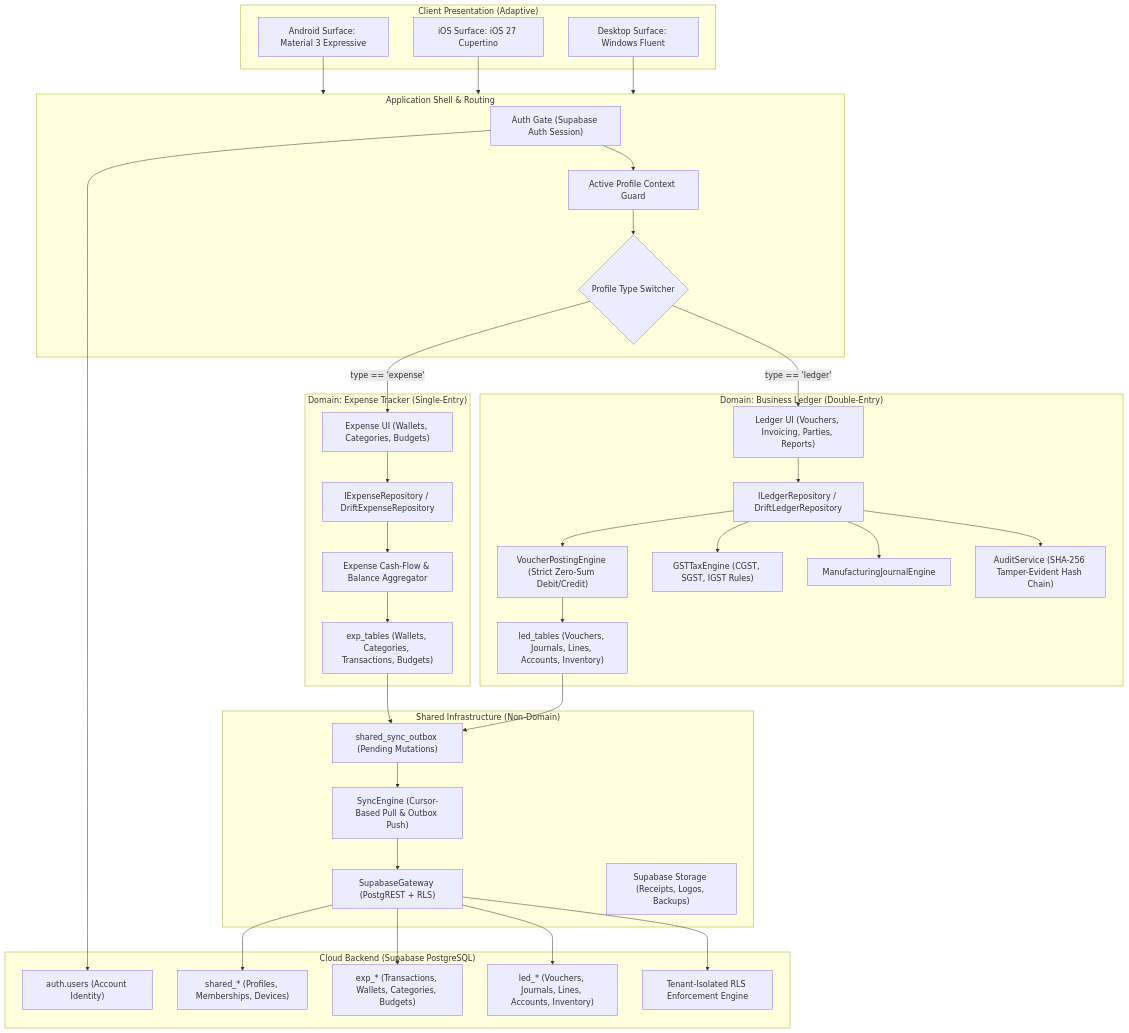
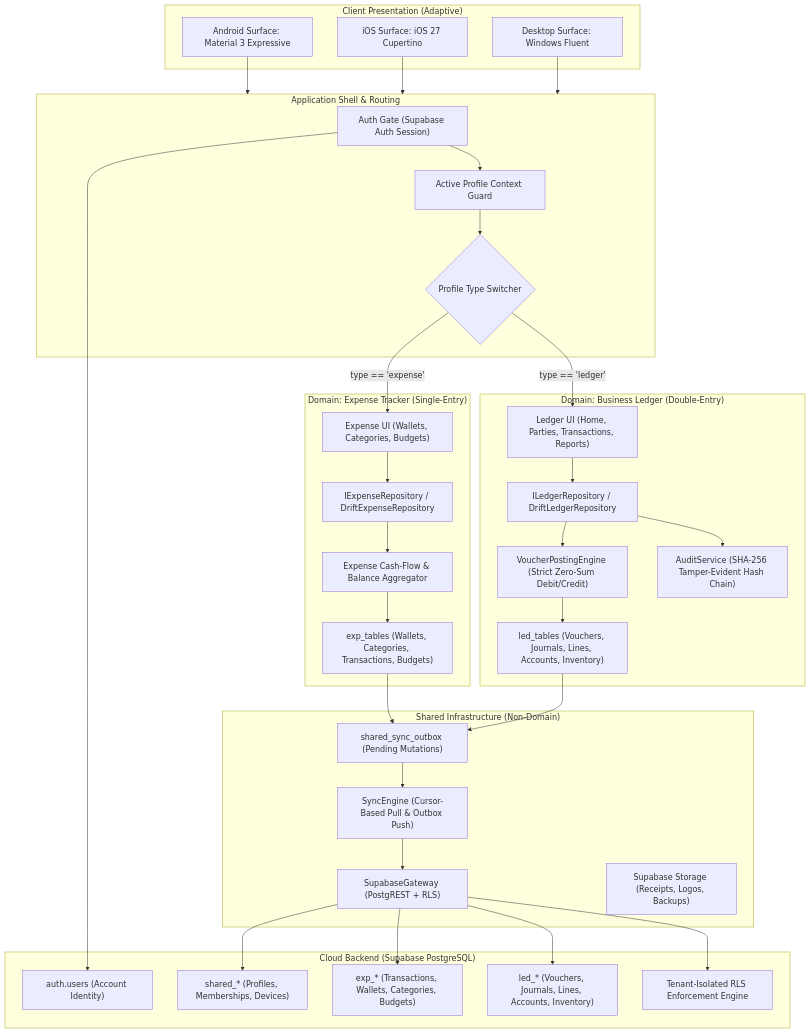
One commit to samirnavas/Ledger-Pulse changed the diagram in docs/architecture/target-architecture.md. Above: the diagram before and after it, drawn with Mermaid. The commit also changed other lines of this file and 93 other files, not shown here.

````diff
--- a/docs/architecture/target-architecture.md
+++ b/docs/architecture/target-architecture.md
@@ -113,72 +123,68 @@
 ```mermaid
 graph TD
     subgraph Client_Surfaces ["Client Presentation (Adaptive)"]
         A_UI["Android Surface: Material 3 Expressive"]
         I_UI["iOS Surface: iOS 27 Cupertino"]
         D_UI["Desktop Surface: Windows Fluent"]
     end
 
     subgraph Core_Shell ["Application Shell & Routing"]
         AuthGuard["Auth Gate (Supabase Auth Session)"]
         ProfileGuard["Active Profile Context Guard"]
         ShellSwap{"Profile Type Switcher"}
         
         AuthGuard --> ProfileGuard --> ShellSwap
     end
 
     subgraph Domain_Expense ["Domain: Expense Tracker (Single-Entry)"]
         ExpShell["Expense UI (Wallets, Categories, Budgets)"]
         ExpRepo["IExpenseRepository / DriftExpenseRepository"]
         ExpEngine["Expense Cash-Flow & Balance Aggregator"]
         ExpDrift["exp_tables (Wallets, Categories, Transactions, Budgets)"]
         
         ExpShell --> ExpRepo --> ExpEngine --> ExpDrift
     end
 
     subgraph Domain_Ledger ["Domain: Business Ledger (Double-Entry)"]
-        LedShell["Ledger UI (Vouchers, Invoicing, Parties, Reports)"]
+        LedShell["Ledger UI (Home, Parties, Transactions, Reports)"]
         LedRepo["ILedgerRepository / DriftLedgerRepository"]
         VPE["VoucherPostingEngine (Strict Zero-Sum Debit/Credit)"]
-        GST["GSTTaxEngine (CGST, SGST, IGST Rules)"]
-        BOM["ManufacturingJournalEngine"]
         Audit["AuditService (SHA-256 Tamper-Evident Hash Chain)"]
         LedDrift["led_tables (Vouchers, Journals, Lines, Accounts, Inventory)"]
         
         LedShell --> LedRepo
         LedRepo --> VPE
-        LedRepo --> GST
-        LedRepo --> BOM
         LedRepo --> Audit
         VPE --> LedDrift
     end
 
     subgraph Shared_Infrastructure ["Shared Infrastructure (Non-Domain)"]
         SyncEngine["SyncEngine (Cursor-Based Pull & Outbox Push)"]
         SyncOutbox["shared_sync_outbox (Pending Mutations)"]
         Gateway["SupabaseGateway (PostgREST + RLS)"]
         StorageEngine["Supabase Storage (Receipts, Logos, Backups)"]
     end
 
     subgraph Cloud_Backend ["Cloud Backend (Supabase PostgreSQL)"]
         SupaAuth["auth.users (Account Identity)"]
         SupaShared["shared_* (Profiles, Memberships, Devices)"]
         SupaExp["exp_* (Transactions, Wallets, Categories, Budgets)"]
         SupaLed["led_* (Vouchers, Journals, Lines, Accounts, Inventory)"]
         SupaRLS["Tenant-Isolated RLS Enforcement Engine"]
     end
 
     A_UI --> Core_Shell
     I_UI --> Core_Shell
     D_UI --> Core_Shell
 
     ShellSwap -->|type == 'expense'| ExpShell
     ShellSwap -->|type == 'ledger'| LedShell
 
     ExpDrift --> SyncOutbox
     LedDrift --> SyncOutbox
     SyncOutbox --> SyncEngine --> Gateway --> SupaRLS
     Gateway --> SupaExp
     Gateway --> SupaLed
     Gateway --> SupaShared
     AuthGuard --> SupaAuth
 ```
````
